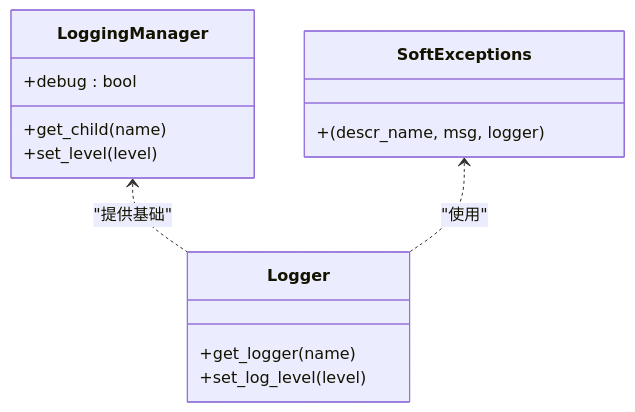
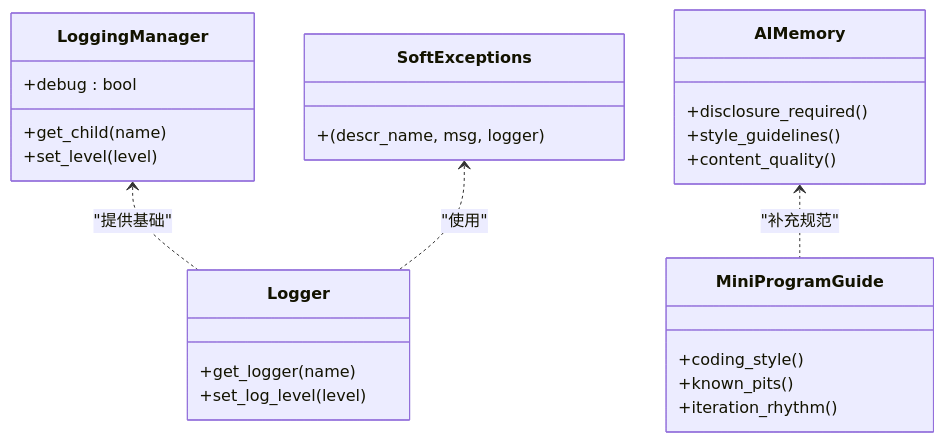
The fifth of 7 diagrams in .qoder/repowiki/zh/content/开发者指南/开发者指南.md (jianai0330/Fast-F1), drawn with Mermaid before and after one commit. The commit also changed other lines of this file and 22 other files, not shown here.

````diff
--- a/.qoder/repowiki/zh/content/开发者指南/开发者指南.md
+++ b/.qoder/repowiki/zh/content/开发者指南/开发者指南.md
@@ -192,17 +235,28 @@
 ```mermaid
 classDiagram
 class LoggingManager {
 +get_child(name)
 +set_level(level)
 +debug : bool
 }
 class Logger {
 +get_logger(name)
 +set_log_level(level)
 }
 class SoftExceptions {
 +(descr_name, msg, logger)
 }
+class AIMemory {
++disclosure_required()
++style_guidelines()
++content_quality()
+}
+class MiniProgramGuide {
++coding_style()
++known_pits()
++iteration_rhythm()
+}
 LoggingManager <.. Logger : "提供基础"
 SoftExceptions <.. Logger : "使用"
+AIMemory <.. MiniProgramGuide : "补充规范"
 ```
````
